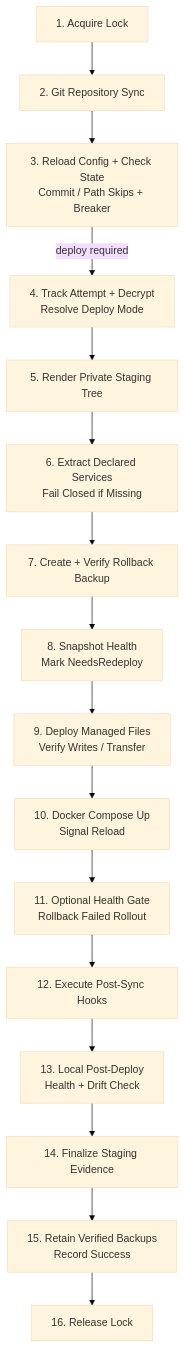
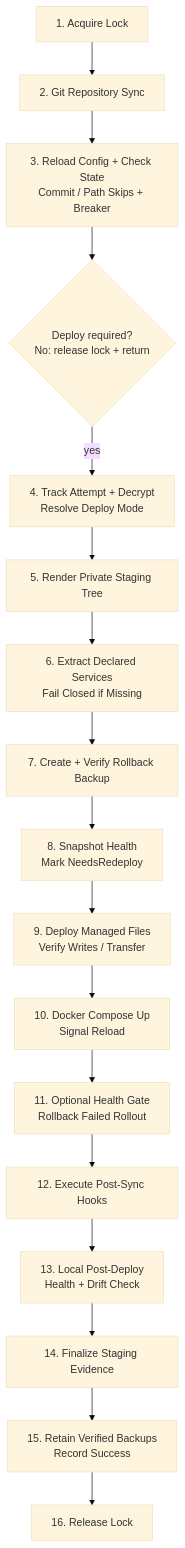
The diagram in docs/diagrams/reconcile-pipeline.mmd (cameronsjo/bosun), drawn with Mermaid (base theme) before and after one commit. The commit also changed 1 other file, not shown here.

Commit message:
docs: show reconcile skip exit in diagram

```diff
--- a/docs/diagrams/reconcile-pipeline.mmd
+++ b/docs/diagrams/reconcile-pipeline.mmd
@@ -1,16 +1,17 @@
 flowchart TD
     AcquireLock["1. Acquire Lock"] --> GitSync["2. Git Repository Sync"]
     GitSync --> LoadState["3. Reload Config + Check State<br/>Commit / Path Skips + Breaker"]
-    LoadState -->|deploy required| Decrypt["4. Track Attempt + Decrypt<br/>Resolve Deploy Mode"]
+    LoadState --> DeployGate{"Deploy required?<br/>No: release lock + return"}
+    DeployGate -->|yes| Decrypt["4. Track Attempt + Decrypt<br/>Resolve Deploy Mode"]
     Decrypt --> Render["5. Render Private Staging Tree"]
     Render --> DeclaredState["6. Extract Declared Services<br/>Fail Closed if Missing"]
     DeclaredState --> Backup["7. Create + Verify Rollback Backup"]
     Backup --> Prepare["8. Snapshot Health<br/>Mark NeedsRedeploy"]
     Prepare --> Deploy["9. Deploy Managed Files<br/>Verify Writes / Transfer"]
     Deploy --> Compose["10. Docker Compose Up<br/>Signal Reload"]
     Compose --> HealthGate["11. Optional Health Gate<br/>Rollback Failed Rollout"]
     HealthGate --> Hooks["12. Execute Post-Sync Hooks"]
     Hooks --> Verify["13. Local Post-Deploy<br/>Health + Drift Check"]
     Verify --> Cleanup["14. Finalize Staging Evidence"]
     Cleanup --> SaveState["15. Retain Verified Backups<br/>Record Success"]
     SaveState --> ReleaseLock["16. Release Lock"]
```
